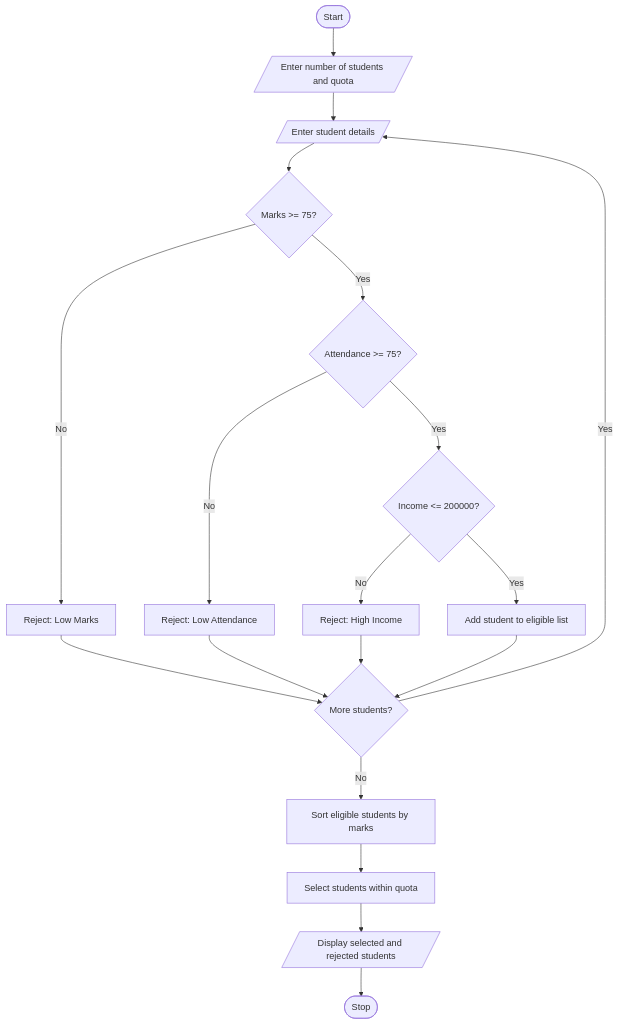
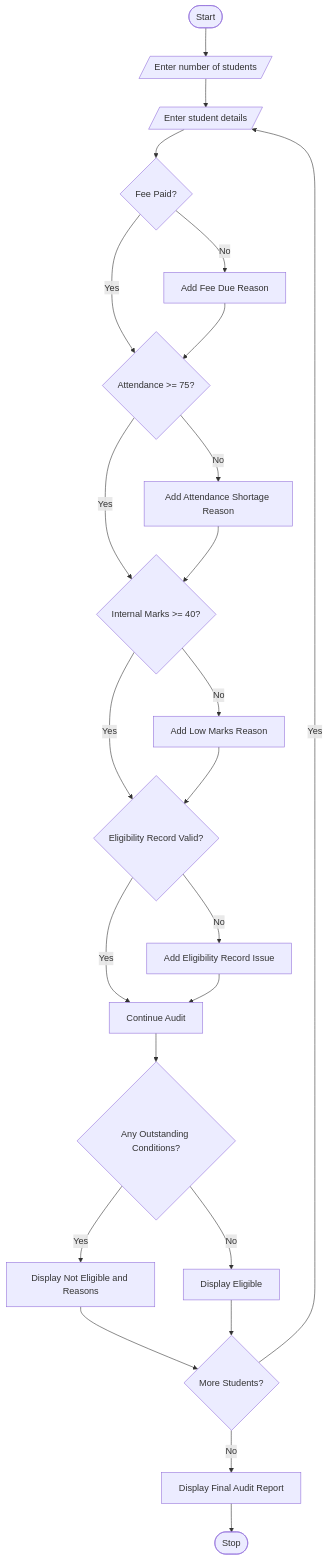
One commit to geethasripunnam/python-activity-based-learning changed the diagram in task1/code.md. Above: the diagram before and after it, drawn with Mermaid. The commit also changed other lines of this file, not shown here.

````diff
--- a/task1/code.md
+++ b/task1/code.md
@@ -16,21 +22,26 @@
- ```mermaid  
+```mermaid
 flowchart TD
-    A([Start]) --> B[/Enter number of students and quota/]
+    A([Start]) --> B[/Enter number of students/]
     B --> C[/Enter student details/]
-    C --> D{Marks >= 75?}
-    D -- No --> R[Reject: Low Marks]
-    D -- Yes --> E{Attendance >= 75?}
-    E -- No --> S[Reject: Low Attendance]
-    E -- Yes --> F{Income <= 200000?}
-    F -- No --> T[Reject: High Income]
-    F -- Yes --> G[Add student to eligible list]
-    G --> H{More students?}
-    R --> H
-    S --> H
-    T --> H
-    H -- Yes --> C
-    H -- No --> I[Sort eligible students by marks]
-    I --> J[Select students within quota]
-    J --> K[/Display selected and rejected students/]
-    K --> L([Stop])
+    C --> D{Fee Paid?}
+    D -- No --> E[Add Fee Due Reason]
+    D -- Yes --> F{Attendance >= 75?}
+    E --> F
+    F -- No --> G[Add Attendance Shortage Reason]
+    F -- Yes --> H{Internal Marks >= 40?}
+    G --> H
+    H -- No --> I[Add Low Marks Reason]
+    H -- Yes --> J{Eligibility Record Valid?}
+    I --> J
+    J -- No --> K[Add Eligibility Record Issue]
+    J -- Yes --> L[Continue Audit]
+    K --> L
+    L --> M{Any Outstanding Conditions?}
+    M -- Yes --> N[Display Not Eligible and Reasons]
+    M -- No --> O[Display Eligible]
+    N --> P{More Students?}
+    O --> P
+    P -- Yes --> C
+    P -- No --> Q[Display Final Audit Report]
+    Q --> R([Stop])
 ```
````
